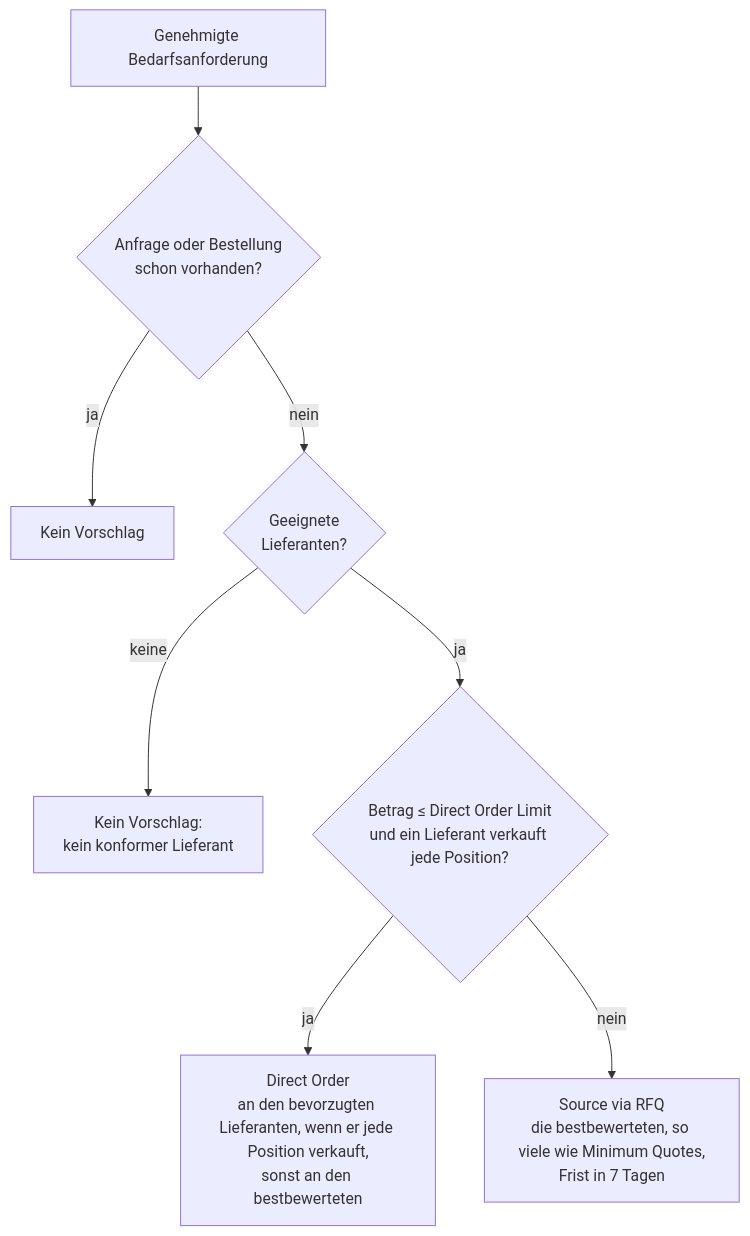
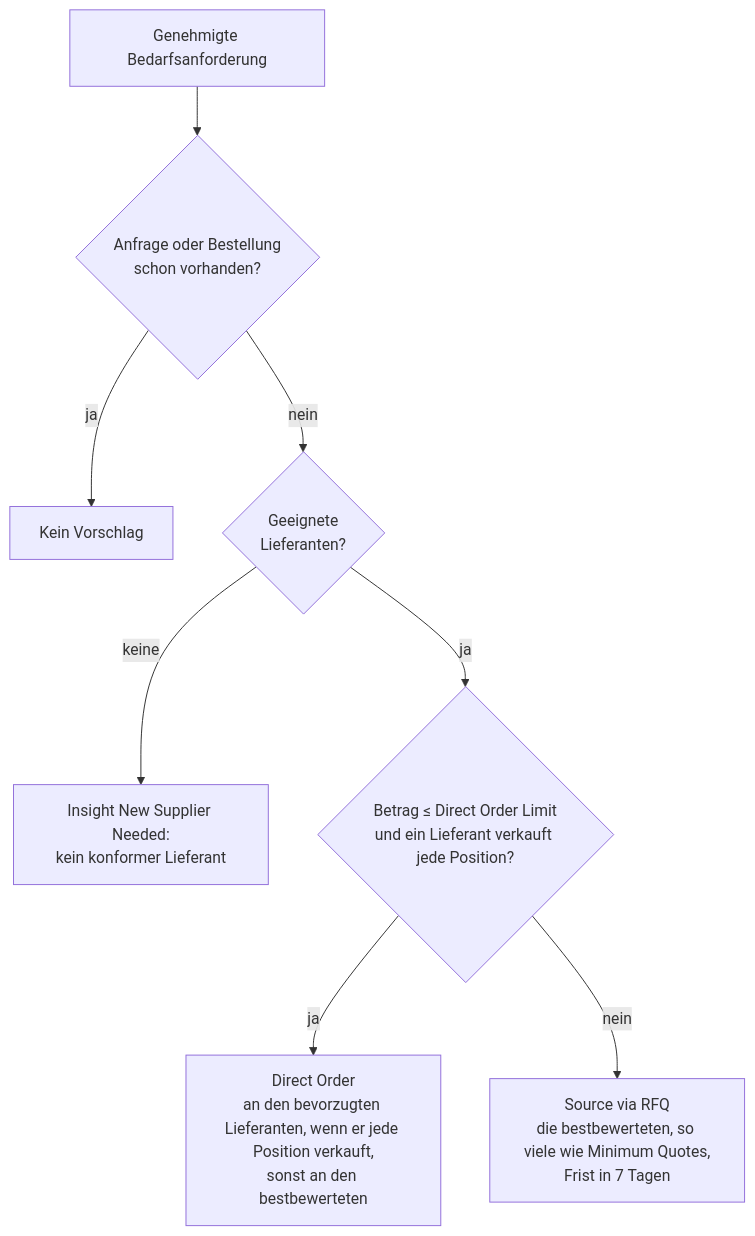
The fourth of 4 diagrams in docs/de/sourcing-agent.md (Power-Builders-Italia/ProjectIQ), drawn with Mermaid before and after one commit. The commit also changed other lines of this file and 25 other files, not shown here.

````diff
--- a/docs/de/sourcing-agent.md
+++ b/docs/de/sourcing-agent.md
@@ -221,10 +223,10 @@
 ```mermaid
 flowchart TD
     A[Genehmigte Bedarfsanforderung] --> B{Anfrage oder Bestellung<br/>schon vorhanden?}
     B -->|ja| NA[Kein Vorschlag]
     B -->|nein| C{Geeignete<br/>Lieferanten?}
-    C -->|keine| NS[Kein Vorschlag:<br/>kein konformer Lieferant]
+    C -->|keine| NS[Insight New Supplier Needed:<br/>kein konformer Lieferant]
     C -->|ja| D{Betrag ≤ Direct Order Limit<br/>und ein Lieferant verkauft jede Position?}
     D -->|ja| DO[Direct Order<br/>an den bevorzugten Lieferanten, wenn er jede Position verkauft,<br/>sonst an den bestbewerteten]
     D -->|nein| RFQ[Source via RFQ<br/>die bestbewerteten, so viele wie Minimum Quotes,<br/>Frist in 7 Tagen]
 ```
````
